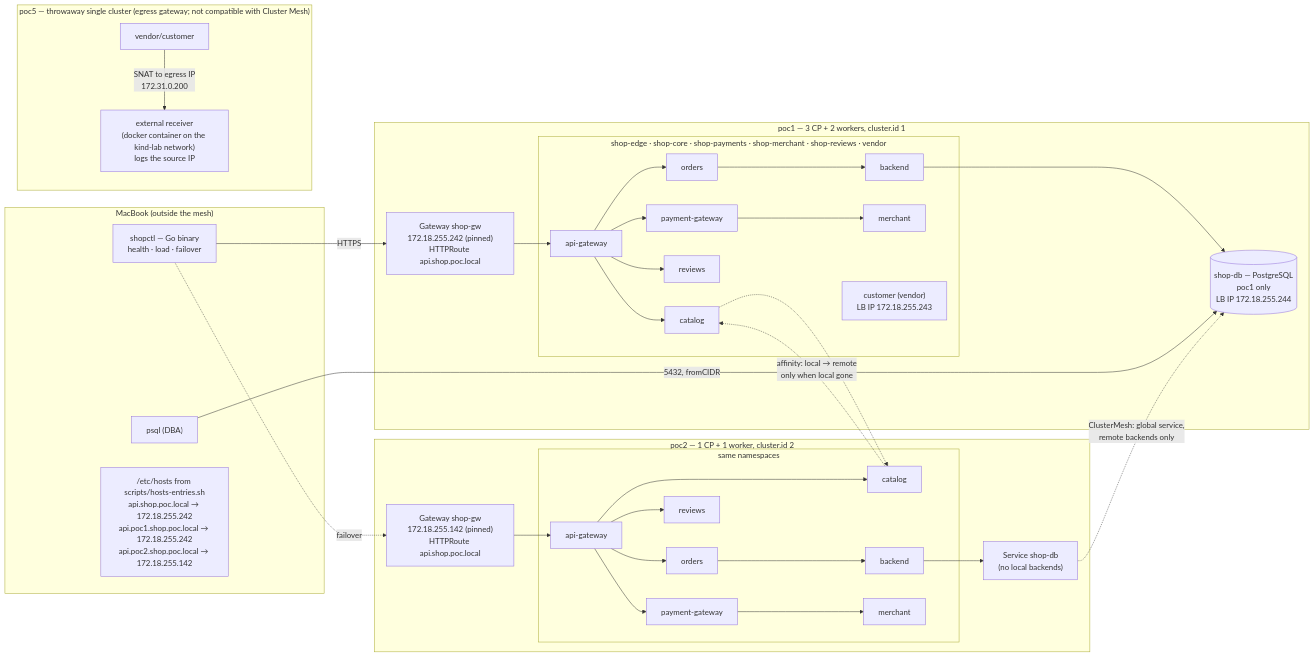
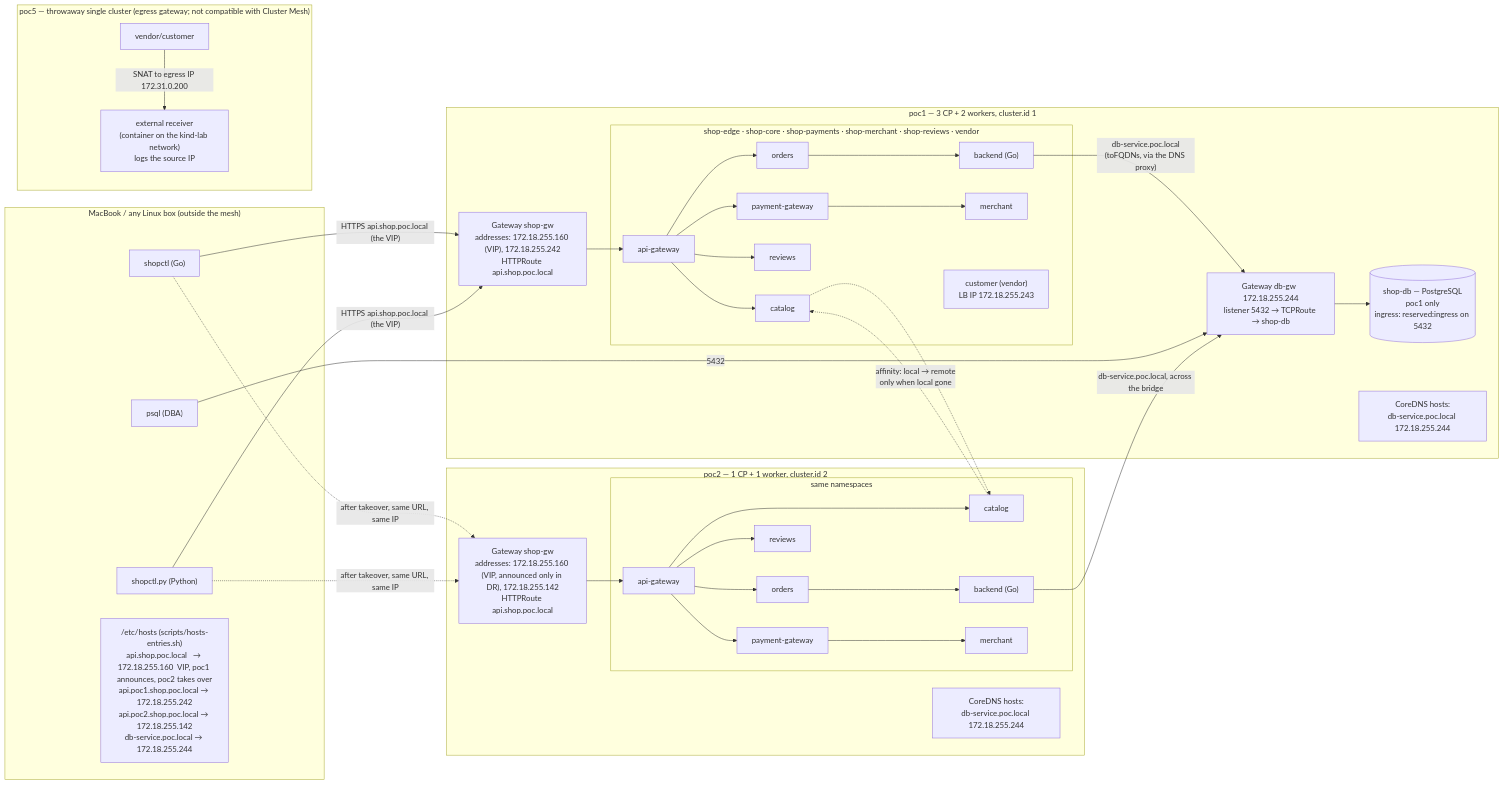
One commit to ephico2real2/cilium-implementation-poc changed the diagram in enhancements/002-shop-platform-clustermesh.md. Above: the diagram before and after it, drawn with Mermaid. The commit also changed other lines of this file and 1 other file, not shown here.

````diff
--- a/enhancements/002-shop-platform-clustermesh.md
+++ b/enhancements/002-shop-platform-clustermesh.md
@@ -51,44 +50,47 @@
 ```mermaid
 flowchart LR
-  subgraph mac["MacBook (outside the mesh)"]
-    client["shopctl — Go binary\nhealth · load · failover"]
+  subgraph mac["MacBook / any Linux box (outside the mesh)"]
+    go["shopctl (Go)"]
+    py["shopctl.py (Python)"]
     dba["psql (DBA)"]
-    hosts["/etc/hosts from scripts/hosts-entries.sh\napi.shop.poc.local → 172.18.255.242\napi.poc1.shop.poc.local → 172.18.255.242\napi.poc2.shop.poc.local → 172.18.255.142"]
+    hosts["/etc/hosts (scripts/hosts-entries.sh)\napi.shop.poc.local   → 172.18.255.160  VIP, poc1 announces, poc2 takes over\napi.poc1.shop.poc.local → 172.18.255.242\napi.poc2.shop.poc.local → 172.18.255.142\ndb-service.poc.local → 172.18.255.244"]
   end
 
   subgraph poc1["poc1 — 3 CP + 2 workers, cluster.id 1"]
-    gw1["Gateway shop-gw\n172.18.255.242 (pinned)\nHTTPRoute api.shop.poc.local"]
+    gw1["Gateway shop-gw\naddresses: 172.18.255.160 (VIP), 172.18.255.242\nHTTPRoute api.shop.poc.local"]
+    dbgw["Gateway db-gw  172.18.255.244\nlistener 5432 → TCPRoute → shop-db"]
     subgraph ns1["shop-edge · shop-core · shop-payments · shop-merchant · shop-reviews · vendor"]
       ag1["api-gateway"] --> cat1["catalog"] & ord1["orders"] & rev1["reviews"] & pay1["payment-gateway"]
-      ord1 --> be1["backend"]
+      ord1 --> be1["backend (Go)"]
       pay1 --> mer1["merchant"]
       cust1["customer (vendor)\nLB IP 172.18.255.243"]
     end
-    db1[("shop-db — PostgreSQL\npoc1 only\nLB IP 172.18.255.244")]
-    be1 --> db1
+    db1[("shop-db — PostgreSQL\npoc1 only\ningress: reserved:ingress on 5432")]
+    dbgw --> db1
     gw1 --> ag1
+    be1 -->|"db-service.poc.local\n(toFQDNs, via the DNS proxy)"| dbgw
+    dns1["CoreDNS hosts:\ndb-service.poc.local 172.18.255.244"]
   end
 
   subgraph poc2["poc2 — 1 CP + 1 worker, cluster.id 2"]
-    gw2["Gateway shop-gw\n172.18.255.142 (pinned)\nHTTPRoute api.shop.poc.local"]
+    gw2["Gateway shop-gw\naddresses: 172.18.255.160 (VIP, announced only in DR), 172.18.255.142\nHTTPRoute api.shop.poc.local"]
     subgraph ns2["same namespaces"]
       ag2["api-gateway"] --> cat2["catalog"] & ord2["orders"] & rev2["reviews"] & pay2["payment-gateway"]
-      ord2 --> be2["backend"]
+      ord2 --> be2["backend (Go)"]
       pay2 --> mer2["merchant"]
     end
-    dbsvc2["Service shop-db\n(no local backends)"]
-    be2 --> dbsvc2
     gw2 --> ag2
+    dns2["CoreDNS hosts:\ndb-service.poc.local 172.18.255.244"]
   end
 
-  client -->|HTTPS| gw1
-  client -.->|failover| gw2
-  dba -->|5432, fromCIDR| db1
-  dbsvc2 -.->|ClusterMesh: global service,\nremote backends only| db1
-  cat2 -.->|affinity: local → remote\nonly when local gone| cat1
+  go & py -->|"HTTPS api.shop.poc.local (the VIP)"| gw1
+  go & py -.->|"after takeover, same URL, same IP"| gw2
+  dba -->|5432| dbgw
+  be2 -->|"db-service.poc.local, across the bridge"| dbgw
+  cat2 -.->|"affinity: local → remote\nonly when local gone"| cat1
   cat1 -.-> cat2
 
   subgraph poc5["poc5 — throwaway single cluster (egress gateway; not compatible with Cluster Mesh)"]
-    vend["vendor/customer"] -->|SNAT to egress IP\n172.31.0.200| ext["external receiver\n(docker container on the kind-lab network)\nlogs the source IP"]
+    vend["vendor/customer"] -->|"SNAT to egress IP 172.31.0.200"| ext["external receiver\n(container on the kind-lab network)\nlogs the source IP"]
   end
 ```
````
